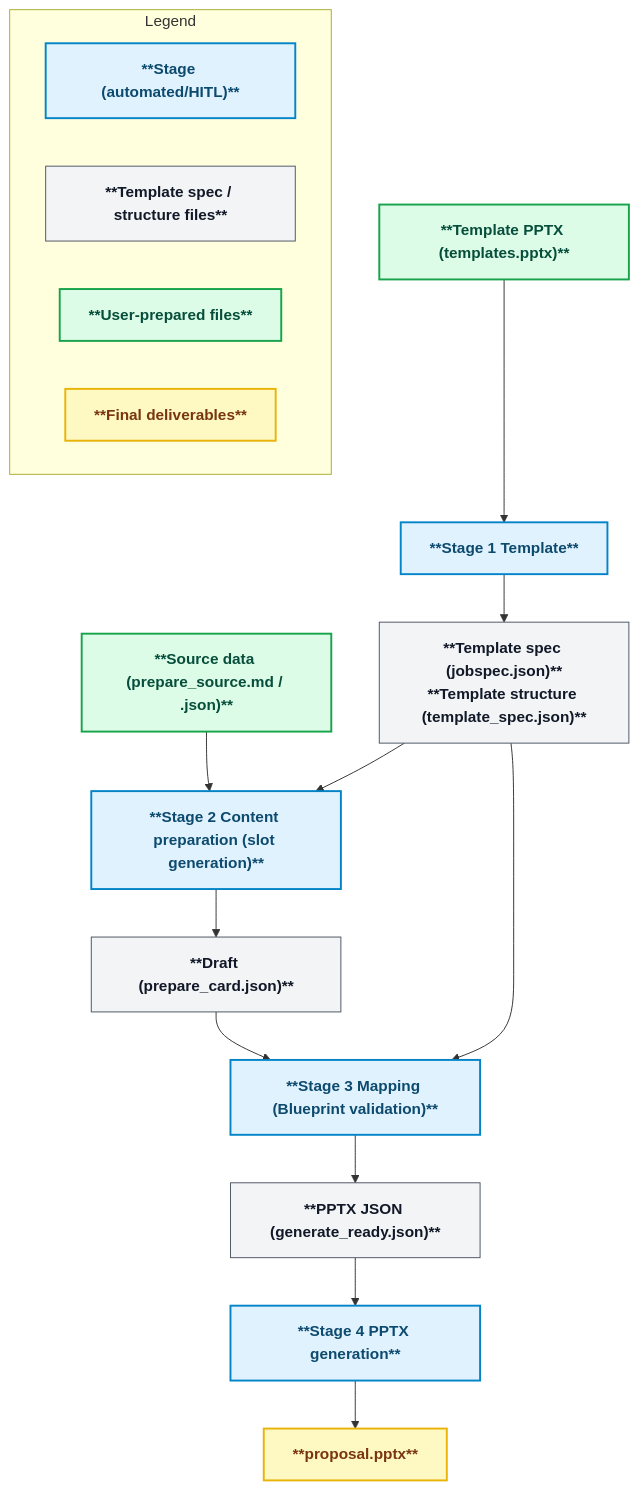
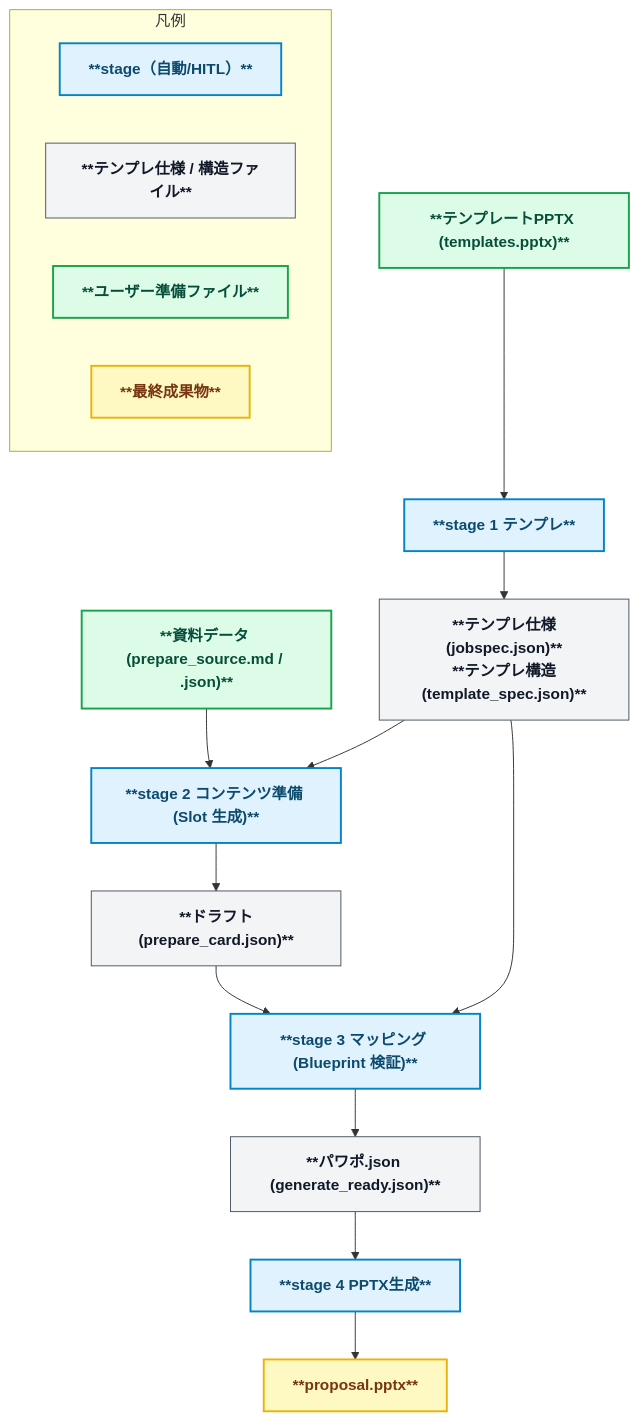
Before and after one commit to yurake/pptx_generator: the second of 2 diagrams in README.en.md, drawn with Mermaid. The commit also changed other lines of this file and 13 other files, not shown here.

````diff
--- a/README.en.md
+++ b/README.en.md
@@ -111,36 +109,36 @@
 ```mermaid
 flowchart TD
   %% ======= Styles =======
   classDef stage fill:#e0f2fe,stroke:#0284c7,stroke-width:2px,color:#0c4a6e,font-weight:bold;
   classDef file fill:#f3f4f6,stroke:#4b5563,stroke-width:1px,color:#111827,font-weight:bold;
   classDef userfile fill:#dcfce7,stroke:#16a34a,stroke-width:2px,color:#064e3b,font-weight:bold;
   classDef final fill:#fef9c3,stroke:#eab308,stroke-width:2px,color:#78350f,font-weight:bold;
 
   %% ======= Stage 1 =======
-  TmplStatic["**Template PPTX (templates.pptx)**"]:::userfile --> S1Static["**Stage 1 Template**"]:::stage
-  S1Static --> SpecStatic["**Template spec (jobspec.json)**<br/>**Template structure (template_spec.json)**"]:::file
+  TmplStatic["**テンプレートPPTX (templates.pptx)**"]:::userfile --> S1Static["**stage 1 テンプレ**"]:::stage
+  S1Static --> SpecStatic["**テンプレ仕様(jobspec.json)**<br/>**テンプレ構造(template_spec.json)**"]:::file
 
   %% ======= Stage 2 =======
-  PrepareStatic["**Source data (prepare_source.md / .json)**"]:::userfile --> S2Static["**Stage 2 Content preparation (slot generation)**"]:::stage
+  PrepareStatic["**資料データ (prepare_source.md / .json)**"]:::userfile --> S2Static["**stage 2 コンテンツ準備 (Slot 生成)**"]:::stage
   SpecStatic --> S2Static
-  S2Static --> PrepareCardsStatic["**Draft (prepare_card.json)**"]:::file
+  S2Static --> PrepareCardsStatic["**ドラフト(prepare_card.json)**"]:::file
   PrepareCardsStatic --> S3Static
 
   %% ======= Stage 3 =======
-  S3Static["**Stage 3 Mapping (Blueprint validation)**"]:::stage
+  S3Static["**stage 3 マッピング (Blueprint 検証)**"]:::stage
   SpecStatic --> S3Static
-  S3Static --> ReadyStatic["**PPTX JSON (generate_ready.json)**"]:::file
+  S3Static --> ReadyStatic["**パワポ.json (generate_ready.json)**"]:::file
 
   %% ======= Stage 4 =======
-  ReadyStatic --> S4Static["**Stage 4 PPTX generation**"]:::stage
+  ReadyStatic --> S4Static["**stage 4 PPTX生成**"]:::stage
   S4Static --> PPTXStatic["**proposal.pptx**"]:::final
 
   %% ======= Legend =======
-  subgraph LegendStatic[Legend]
+  subgraph LegendStatic[凡例]
     direction LR
-    B1["**Stage (automated/HITL)**"]:::stage
-    B2["**Template spec / structure files**"]:::file
-    B3["**User-prepared files**"]:::userfile
-    B4["**Final deliverables**"]:::final
+    B1["**stage（自動/HITL）**"]:::stage
+    B2["**テンプレ仕様 / 構造ファイル**"]:::file
+    B3["**ユーザー準備ファイル**"]:::userfile
+    B4["**最終成果物**"]:::final
   end
 ```
````
